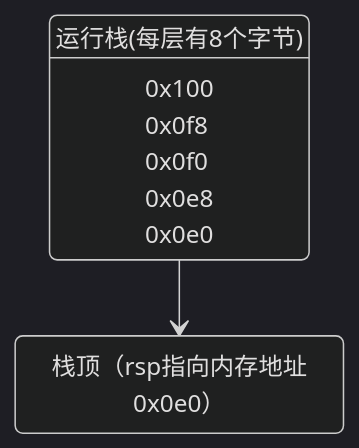
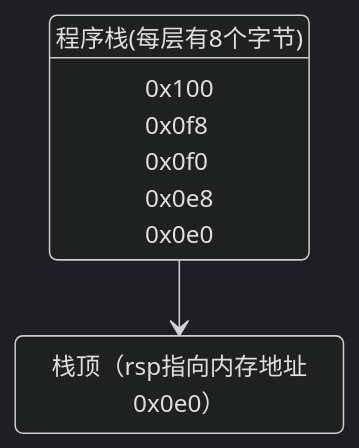
The diagram in 笔记/3_Attack Lab/readme.md (bobokick/CSAPP_Labs), drawn with Mermaid (dark theme) before and after one commit. The commit also changed other lines of this file, not shown here.

````diff
--- a/笔记/3_Attack Lab/readme.md
+++ b/笔记/3_Attack Lab/readme.md
@@ -70,10 +71,10 @@
 ```mermaid
 stateDiagram
-    stacks: 运行栈(每层有8个字节)
+    stacks: 程序栈(每层有8个字节)
     stacks: 0x100
     stacks: 0x0f8
     stacks: 0x0f0
     stacks: 0x0e8
     stacks: 0x0e0
     stacks --> 栈顶（rsp指向内存地址0x0e0）
 ```
````
